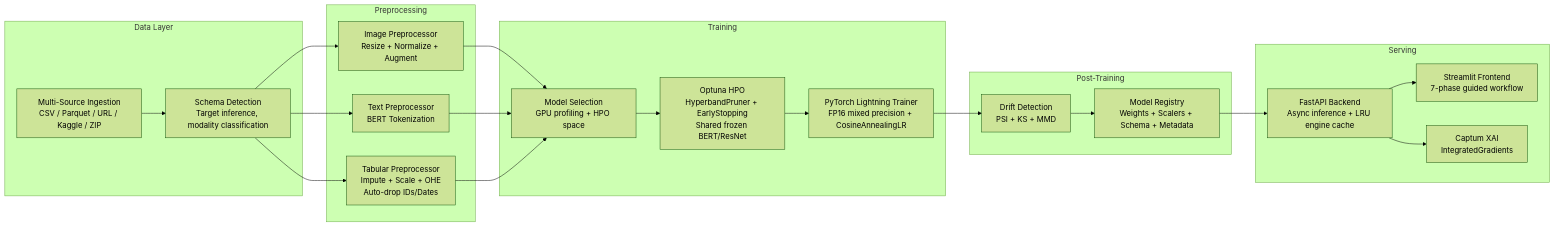
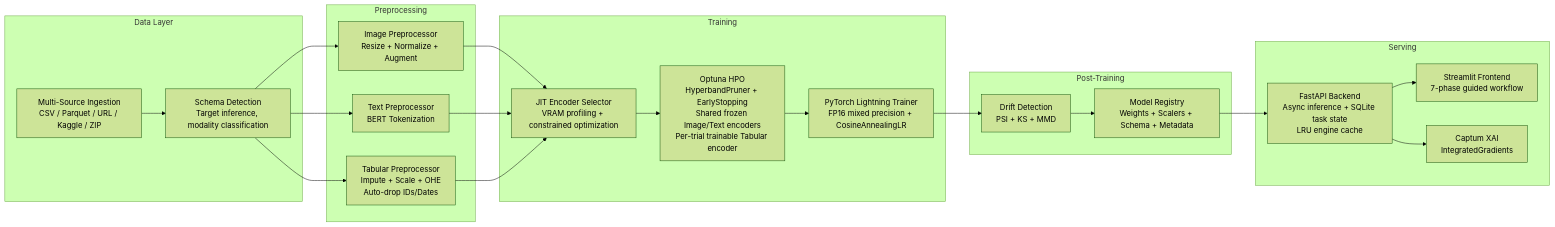
The diagram in README.md (hrishi-cz/main-project), drawn with Mermaid (forest theme) before and after one commit. The commit also changed other lines of this file, not shown here.

First line of the commit message:
Update README for JIT encoder selection, GRN tabular encoding, and SQLite task state

````diff
--- a/README.md
+++ b/README.md
@@ -90,29 +93,29 @@
 ```mermaid
 graph LR
     subgraph "Data Layer"
         A[Multi-Source Ingestion<br/>CSV / Parquet / URL / Kaggle / ZIP] --> B[Schema Detection<br/>Target inference, modality classification]
     end
 
     subgraph "Preprocessing"
         B --> C1[Image Preprocessor<br/>Resize + Normalize + Augment]
         B --> C2[Text Preprocessor<br/>BERT Tokenization]
         B --> C3[Tabular Preprocessor<br/>Impute + Scale + OHE<br/>Auto-drop IDs/Dates]
     end
 
     subgraph "Training"
-        C1 & C2 & C3 --> D[Model Selection<br/>GPU profiling + HPO space]
-        D --> E[Optuna HPO<br/>HyperbandPruner + EarlyStopping<br/>Shared frozen BERT/ResNet]
+        C1 & C2 & C3 --> D[JIT Encoder Selector<br/>VRAM profiling + constrained optimization]
+        D --> E[Optuna HPO<br/>HyperbandPruner + EarlyStopping<br/>Shared frozen Image/Text encoders<br/>Per-trial trainable Tabular encoder]
         E --> F[PyTorch Lightning Trainer<br/>FP16 mixed precision + CosineAnnealingLR]
     end
 
     subgraph "Post-Training"
         F --> G[Drift Detection<br/>PSI + KS + MMD]
         G --> H[Model Registry<br/>Weights + Scalers + Schema + Metadata]
     end
 
     subgraph "Serving"
-        H --> I[FastAPI Backend<br/>Async inference + LRU engine cache]
+        H --> I[FastAPI Backend<br/>Async inference + SQLite task state<br/>LRU engine cache]
         I --> J[Streamlit Frontend<br/>7-phase guided workflow]
         I --> K[Captum XAI<br/>IntegratedGradients]
     end
 ```
````
